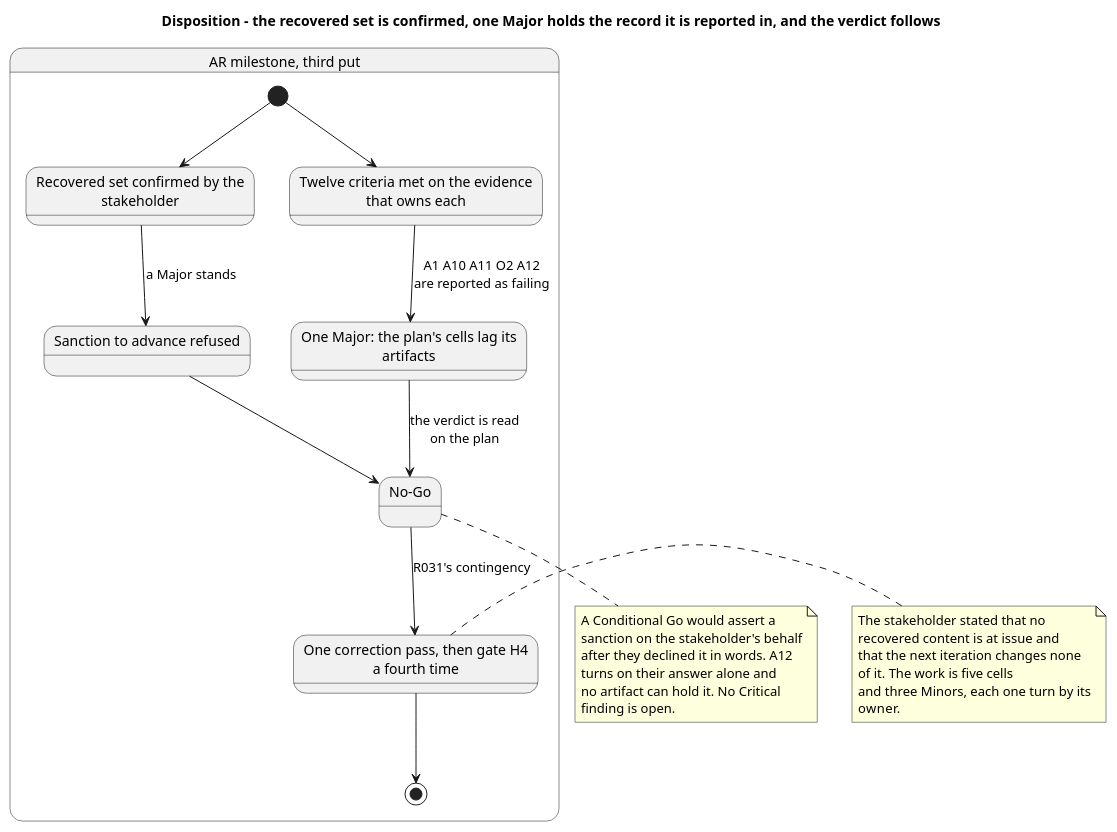
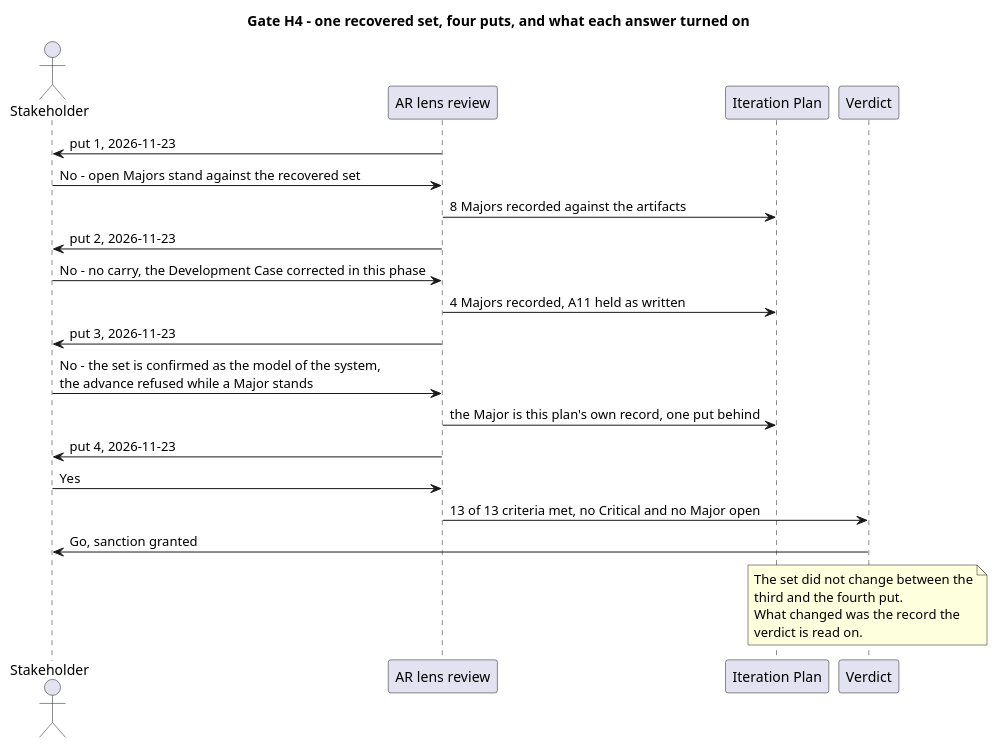
Before and after one commit to banense-test/TodoApp: diagram 11 of 12 in docs/artifacts/project-management/review-record.md, drawn with PlantUML. The commit also changed other lines of this file, not shown here.

Commit message:
Management Reviewer [Excavation4]: upsert Review Record
[skip ci]

````diff
--- a/docs/artifacts/project-management/review-record.md
+++ b/docs/artifacts/project-management/review-record.md
@@ -954,41 +952,29 @@
 ```plantuml
 @startuml
-title Disposition - the recovered set is confirmed, one Major holds the record it is reported in, and the verdict follows
+title Gate H4 - one recovered set, four puts, and what each answer turned on
+skinparam shadowing false
+skinparam wrapWidth 235
+actor Stakeholder as SH
+participant "AR lens review" as LR
+participant "Iteration Plan" as PL
+participant "Verdict" as VD
 
-skinparam shadowing false
-skinparam classAttributeIconSize 0
-skinparam wrapWidth 235
-hide circle
-hide empty members
-
-state "AR milestone, third put" as AR {
-  state "Recovered set confirmed by the stakeholder" as CONF
-  state "Sanction to advance refused" as REF
-  state "Twelve criteria met on the evidence that owns each" as MET
-  state "One Major: the plan's cells lag its artifacts" as MAJ
-  state "No-Go" as NG
-  state "One correction pass, then gate H4 a fourth time" as ROUTE
-
-  [*] --> CONF
-  [*] --> MET
-  CONF --> REF : a Major stands
-  MET --> MAJ : A1 A10 A11 O2 A12\nare reported as failing
-  REF --> NG
-  MAJ --> NG : the verdict is read\non the plan
-  NG --> ROUTE : R031's contingency
-  ROUTE --> [*]
-}
-
-note right of ROUTE
-  The stakeholder stated that no recovered content is at issue and
-  that the next iteration changes none of it. The work is five cells
-  and three Minors, each one turn by its owner.
+LR -> SH : put 1, 2026-11-23
+SH -> LR : No - open Majors stand against the recovered set
+LR -> PL : 8 Majors recorded against the artifacts
+LR -> SH : put 2, 2026-11-23
+SH -> LR : No - no carry, the Development Case corrected in this phase
+LR -> PL : 4 Majors recorded, A11 held as written
+LR -> SH : put 3, 2026-11-23
+SH -> LR : No - the set is confirmed as the model of the system,\nthe advance refused while a Major stands
+LR -> PL : the Major is this plan's own record, one put behind
+LR -> SH : put 4, 2026-11-23
+SH -> LR : Yes
+LR -> VD : 13 of 13 criteria met, no Critical and no Major open
+VD -> SH : Go, sanction granted
+note over VD
+  The set did not change between the third and the fourth put.
+  What changed was the record the verdict is read on.
 end note
-note bottom of NG
-  A Conditional Go would assert a sanction on the stakeholder's behalf
-  after they declined it in words. A12 turns on their answer alone and
-  no artifact can hold it. No Critical finding is open.
-end note
-
 @enduml
 ```
````
